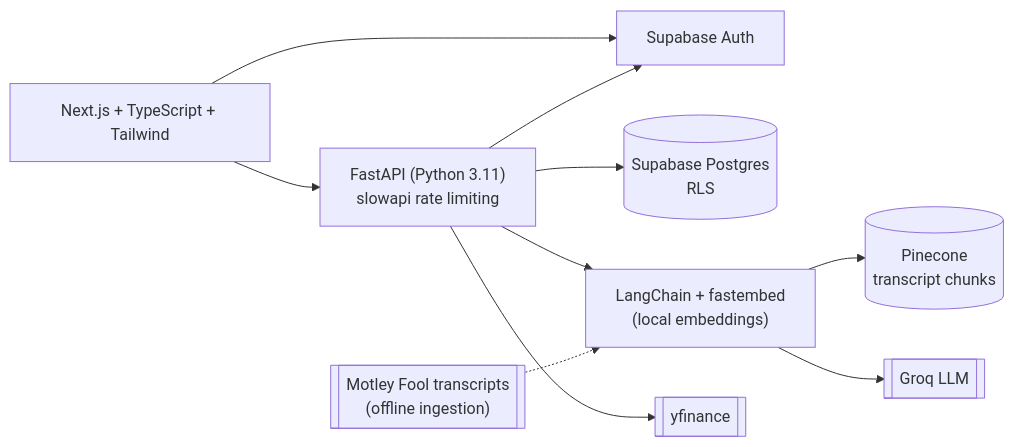
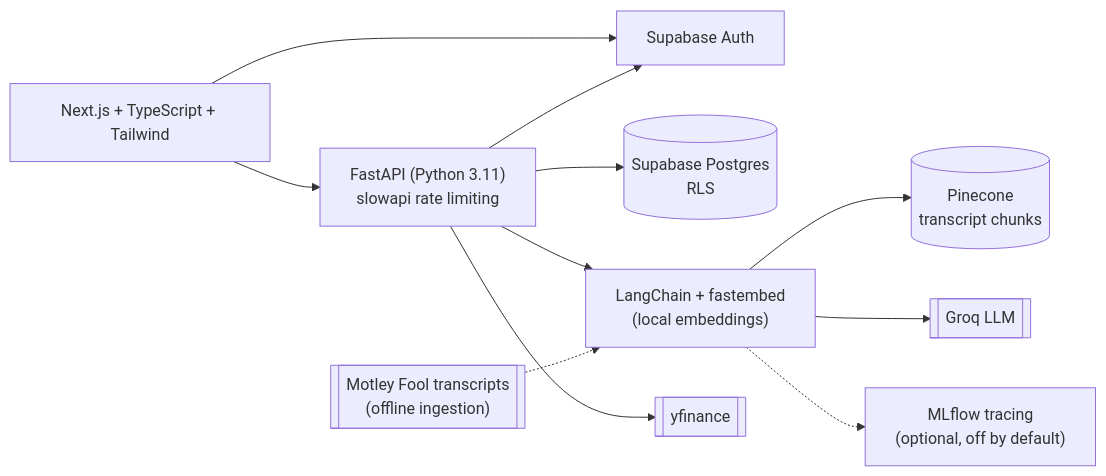
The diagram in README.md (luongvincent/atlas), drawn with Mermaid before and after one commit. The commit also changed other lines of this file, not shown here.

````diff
--- a/README.md
+++ b/README.md
@@ -57,21 +52,23 @@
 ```mermaid
 flowchart LR
     FE["Next.js + TypeScript + Tailwind"]
     BE["FastAPI (Python 3.11)\nslowapi rate limiting"]
     Auth["Supabase Auth"]
     DB[("Supabase Postgres\nRLS")]
     Vec[("Pinecone\ntranscript chunks")]
     LC["LangChain + fastembed\n(local embeddings)"]
     LLM[["Groq LLM"]]
     YF[["yfinance"]]
+    ML["MLflow tracing\n(optional, off by default)"]
     MF[["Motley Fool transcripts\n(offline ingestion)"]]
 
     FE --> BE
     FE --> Auth
     BE --> Auth
     BE --> DB
     BE --> LC --> Vec
     LC --> LLM
+    LC -.-> ML
     BE --> YF
     MF -.-> LC
 ```
````
